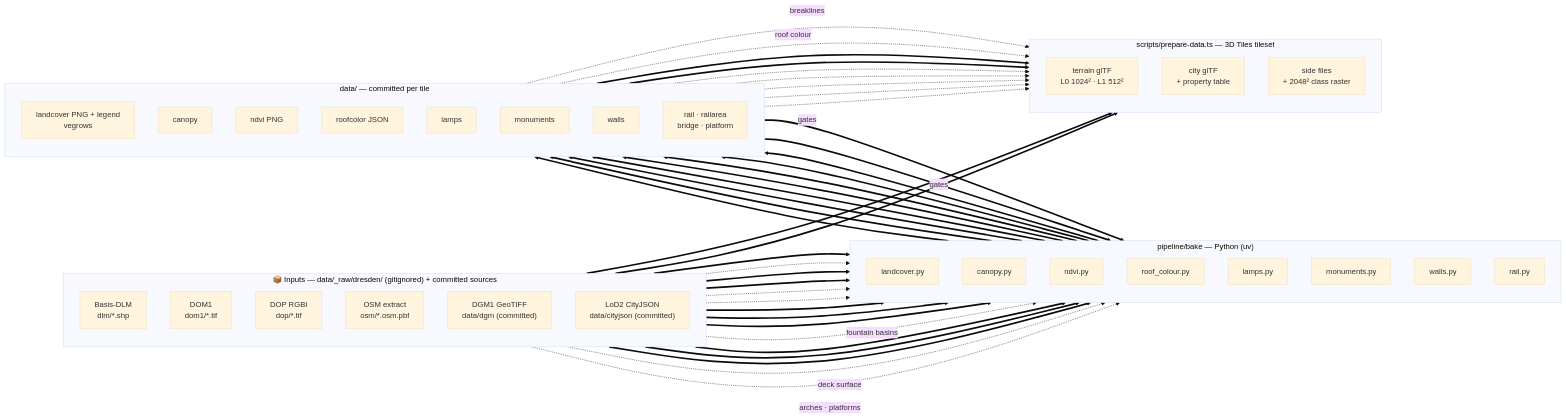
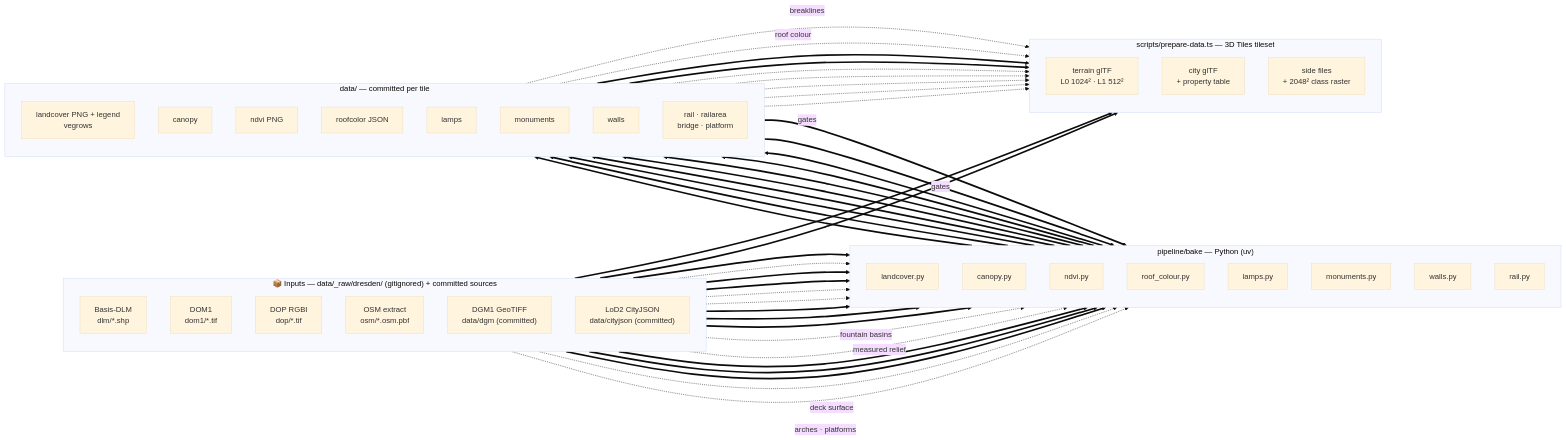
One commit to mdugue/bridge changed the second of 2 diagrams in docs/data-flow.md. Above: the diagram before and after it, drawn with Mermaid (base theme). The commit also changed other lines of this file and 27 other files, not shown here.

````diff
--- a/docs/data-flow.md
+++ b/docs/data-flow.md
@@ -154,77 +155,78 @@
 ```mermaid
 flowchart LR
   subgraph IN["📦 Inputs — data/_raw/dresden/ (gitignored) + committed sources"]
     direction TB
     iDLM["Basis-DLM<br/>dlm/*.shp"]
     iDOM["DOM1<br/>dom1/*.tif"]
     iDOP["DOP RGBI<br/>dop/*.tif"]
     iOSM["OSM extract<br/>osm/*.osm.pbf"]
     iDGM["DGM1 GeoTIFF<br/>data/dgm (committed)"]
     iCJ["LoD2 CityJSON<br/>data/cityjson (committed)"]
   end
 
   subgraph PY["pipeline/bake — Python (uv)"]
     direction TB
     bLC["landcover.py"]
     bCAN["canopy.py"]
     bNDVI["ndvi.py"]
     bROOF["roof_colour.py"]
     bLAMP["lamps.py"]
     bMON["monuments.py"]
     bWALL["walls.py"]
     bRAIL["rail.py"]
   end
 
   subgraph DATA["data/ — committed per tile"]
     direction TB
     dCLS["landcover PNG + legend<br/>vegrows"]
     dCAN["canopy"]
     dNDVI["ndvi PNG"]
     dROOF["roofcolor JSON"]
     dLAMP["lamps"]
     dMON["monuments"]
     dWALL["walls"]
     dRAIL["rail · railarea<br/>bridge · platform"]
   end
 
   subgraph TS["scripts/prepare-data.ts — 3D Tiles tileset"]
     direction TB
     tTER["terrain glTF<br/>L0 1024² · L1 512²"]
     tCITY["city glTF<br/>+ property table"]
     tSIDE["side files<br/>+ 2048² class raster"]
   end
 
   iDLM ==> bLC ==> dCLS
   iDOM -.-> bCAN
   iDGM ==> bCAN
   iDLM ==> bCAN
   dCLS ==>|gates| bCAN
   bCAN ==> dCAN
   iDOP -.-> bNDVI ==> dNDVI
   iDOP -.-> bROOF
   iCJ ==> bROOF ==> dROOF
   iOSM ==> bLAMP
   dCLS ==>|gates| bLAMP
   bLAMP ==> dLAMP
   iDLM ==> bMON
   iOSM -. "fountain basins" .-> bMON
+  iDOM -. "measured relief" .-> bMON
   bMON ==> dMON
   iOSM ==> bWALL ==> dWALL
   iDLM ==> bRAIL
   iDGM ==> bRAIL
   iDOM -. "deck surface" .-> bRAIL
   iOSM -. "arches · platforms" .-> bRAIL
   bRAIL ==> dRAIL
 
   iDGM ==> tTER
   dWALL -. breaklines .-> tTER
   iCJ ==> tCITY
   dROOF -. "roof colour" .-> tCITY
   dCLS ==> tSIDE
   dCAN ==> tSIDE
   dNDVI -.-> tSIDE
   dLAMP -.-> tSIDE
   dMON -.-> tSIDE
   dWALL -.-> tSIDE
   dRAIL -.-> tSIDE
 ```
````
